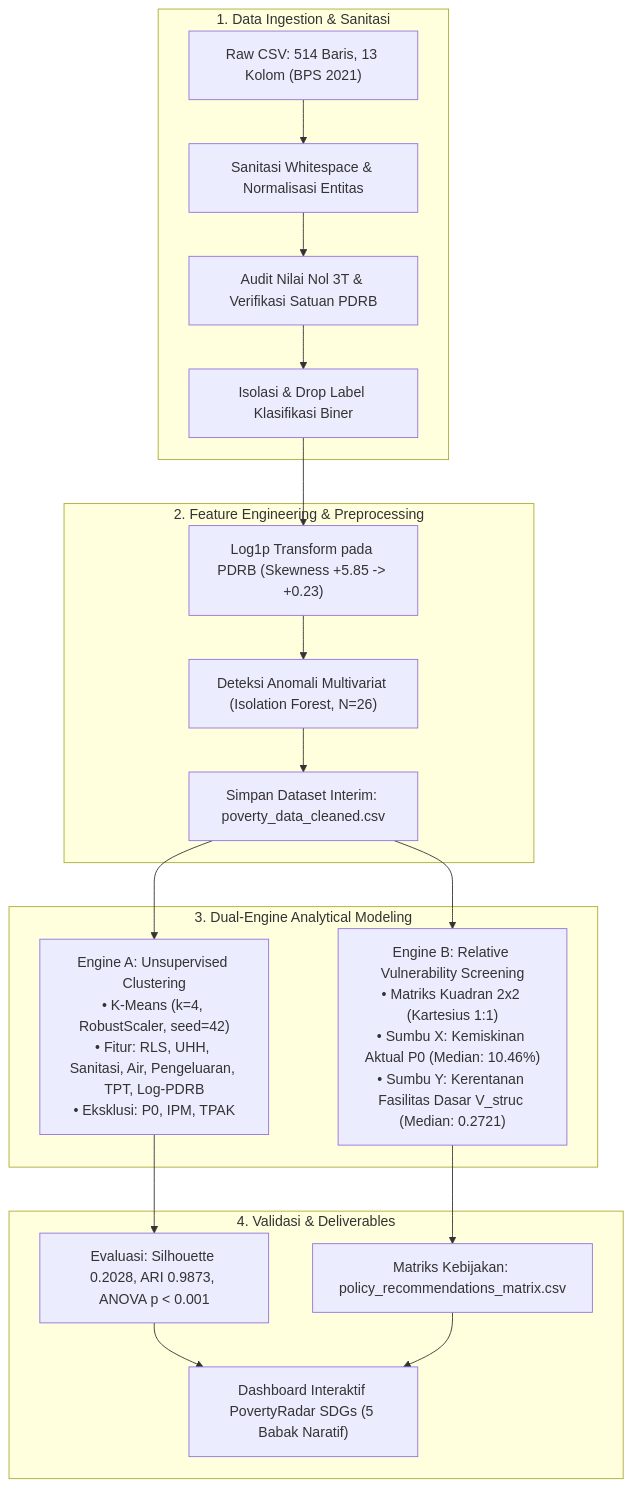
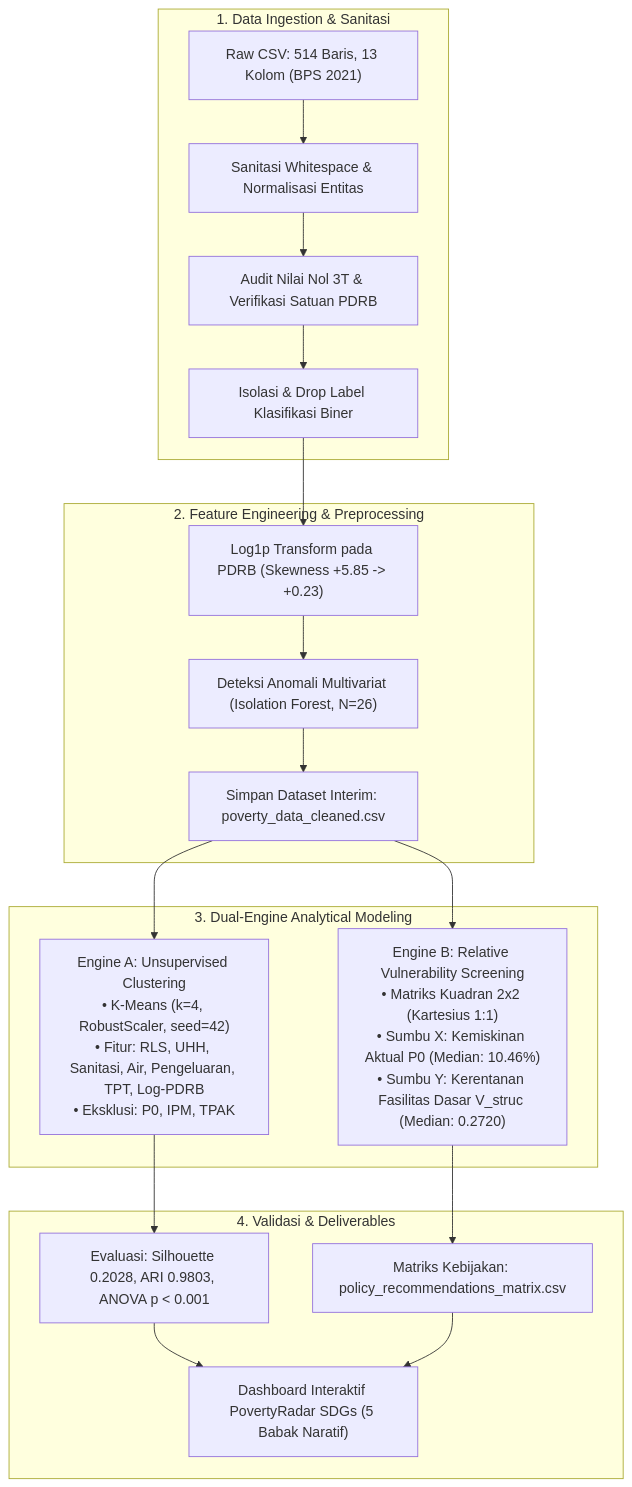
The diagram in docs/problem_framing_and_objectives.md (Arfiadi/poverty-radar), drawn with Mermaid before and after one commit. The commit also changed other lines of this file and 20 other files, not shown here.

````diff
--- a/docs/problem_framing_and_objectives.md
+++ b/docs/problem_framing_and_objectives.md
@@ -121,25 +121,25 @@
 ```mermaid
 flowchart TD
     subgraph S1["1. Data Ingestion & Sanitasi"]
         D1["Raw CSV: 514 Baris, 13 Kolom (BPS 2021)"] --> D2["Sanitasi Whitespace & Normalisasi Entitas"]
         D2 --> D3["Audit Nilai Nol 3T & Verifikasi Satuan PDRB"]
         D3 --> D4["Isolasi & Drop Label Klasifikasi Biner"]
     end
 
     subgraph S2["2. Feature Engineering & Preprocessing"]
         D4 --> F1["Log1p Transform pada PDRB (Skewness +5.85 -> +0.23)"]
         F1 --> F2["Deteksi Anomali Multivariat (Isolation Forest, N=26)"]
         F2 --> F3["Simpan Dataset Interim: poverty_data_cleaned.csv"]
     end
 
     subgraph S3["3. Dual-Engine Analytical Modeling"]
         F3 --> M1["Engine A: Unsupervised Clustering<br/>• K-Means (k=4, RobustScaler, seed=42)<br/>• Fitur: RLS, UHH, Sanitasi, Air, Pengeluaran, TPT, Log-PDRB<br/>• Eksklusi: P0, IPM, TPAK"]
-        F3 --> M2["Engine B: Relative Vulnerability Screening<br/>• Matriks Kuadran 2x2 (Kartesius 1:1)<br/>• Sumbu X: Kemiskinan Aktual P0 (Median: 10.46%)<br/>• Sumbu Y: Kerentanan Fasilitas Dasar V_struc (Median: 0.2721)"]
+        F3 --> M2["Engine B: Relative Vulnerability Screening<br/>• Matriks Kuadran 2x2 (Kartesius 1:1)<br/>• Sumbu X: Kemiskinan Aktual P0 (Median: 10.46%)<br/>• Sumbu Y: Kerentanan Fasilitas Dasar V_struc (Median: 0.2720)"]
     end
 
     subgraph S4["4. Validasi & Deliverables"]
-        M1 --> E1["Evaluasi: Silhouette 0.2028, ARI 0.9873, ANOVA p < 0.001"]
+        M1 --> E1["Evaluasi: Silhouette 0.2028, ARI 0.9803, ANOVA p < 0.001"]
         M2 --> E2["Matriks Kebijakan: policy_recommendations_matrix.csv"]
         E1 & E2 --> OUT["Dashboard Interaktif PovertyRadar SDGs (5 Babak Naratif)"]
     end
 ```
````
